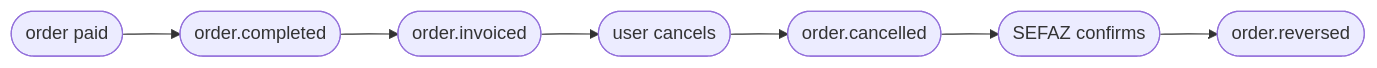
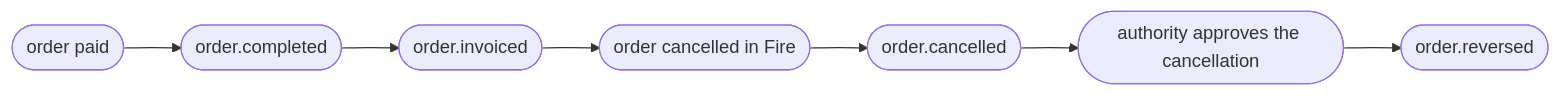
The diagram in en/events/order-cancelled.mdx (fire-rest/documentation), drawn with Mermaid before and after one commit. The commit also changed other lines of this file and 26 other files, not shown here.

First line of the commit message:
docs(events)!: bloque fiscal estructurado — order.invoiced v2, order.cancelled v3, order.reversed v3

````diff
--- a/en/events/order-cancelled.mdx
+++ b/en/events/order-cancelled.mdx
@@ -164,9 +165,9 @@
 ```mermaid
 flowchart LR
     A([order paid]) --> B([order.completed])
     B --> C([order.invoiced])
-    C --> D([user cancels])
+    C --> D([order cancelled in Fire])
     D --> E([order.cancelled])
-    E --> F([SEFAZ confirms])
+    E --> F([authority approves the cancellation])
     F --> G([order.reversed])
 ```
````
